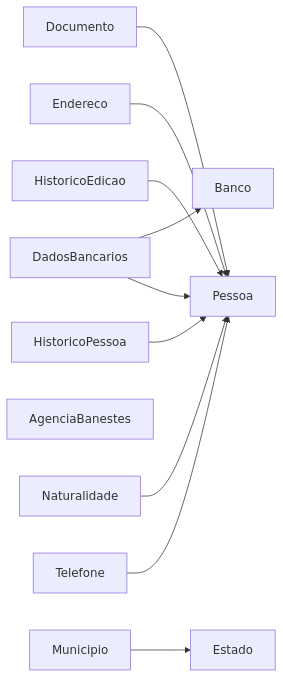
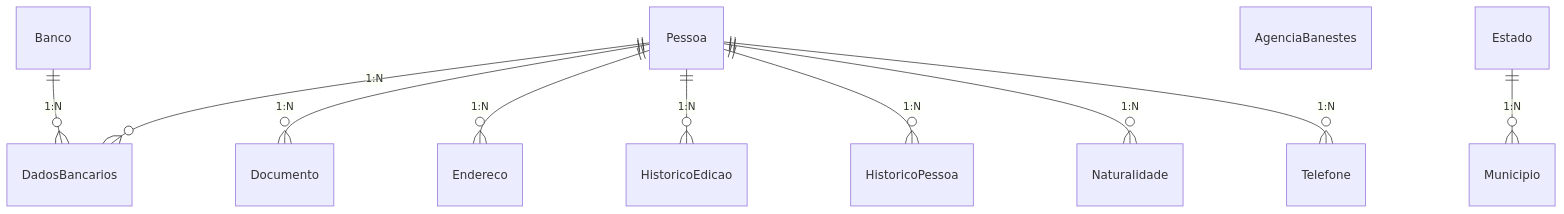
The fourth of 13 diagrams in docs-new/banco-de-dados/_diagramas.md (Czzped/conecta-fapes-teste), drawn with Mermaid before and after one commit. The commit also changed other lines of this file, not shown here.

Commit message:
docs: adiciona cardinalidades (notacao ER pe-de-galinha) aos diagramas do dominio

````diff
--- a/docs-new/banco-de-dados/_diagramas.md
+++ b/docs-new/banco-de-dados/_diagramas.md
@@ -107,25 +129,36 @@
 ```mermaid
-flowchart LR
-  Pessoa
-  Endereco
-  Telefone
-  Documento
-  DadosBancarios
-  Naturalidade
-  Banco
-  AgenciaBanestes
-  Municipio
-  Estado
-  HistoricoPessoa
-  HistoricoEdicao
-  DadosBancarios --> Banco
-  DadosBancarios --> Pessoa
-  Documento --> Pessoa
-  Endereco --> Pessoa
-  HistoricoEdicao --> Pessoa
-  HistoricoPessoa --> Pessoa
-  Municipio --> Estado
-  Naturalidade --> Pessoa
-  Telefone --> Pessoa
-  classDef ext fill:#eee,stroke:#999,color:#333,stroke-dasharray:3 3;
+erDiagram
+  Pessoa {
+  }
+  Endereco {
+  }
+  Telefone {
+  }
+  Documento {
+  }
+  DadosBancarios {
+  }
+  Naturalidade {
+  }
+  Banco {
+  }
+  AgenciaBanestes {
+  }
+  Municipio {
+  }
+  Estado {
+  }
+  HistoricoPessoa {
+  }
+  HistoricoEdicao {
+  }
+  Banco ||--o{ DadosBancarios : "1:N"
+  Estado ||--o{ Municipio : "1:N"
+  Pessoa ||--o{ DadosBancarios : "1:N"
+  Pessoa ||--o{ Documento : "1:N"
+  Pessoa ||--o{ Endereco : "1:N"
+  Pessoa ||--o{ HistoricoEdicao : "1:N"
+  Pessoa ||--o{ HistoricoPessoa : "1:N"
+  Pessoa ||--o{ Naturalidade : "1:N"
+  Pessoa ||--o{ Telefone : "1:N"
 ```
````
